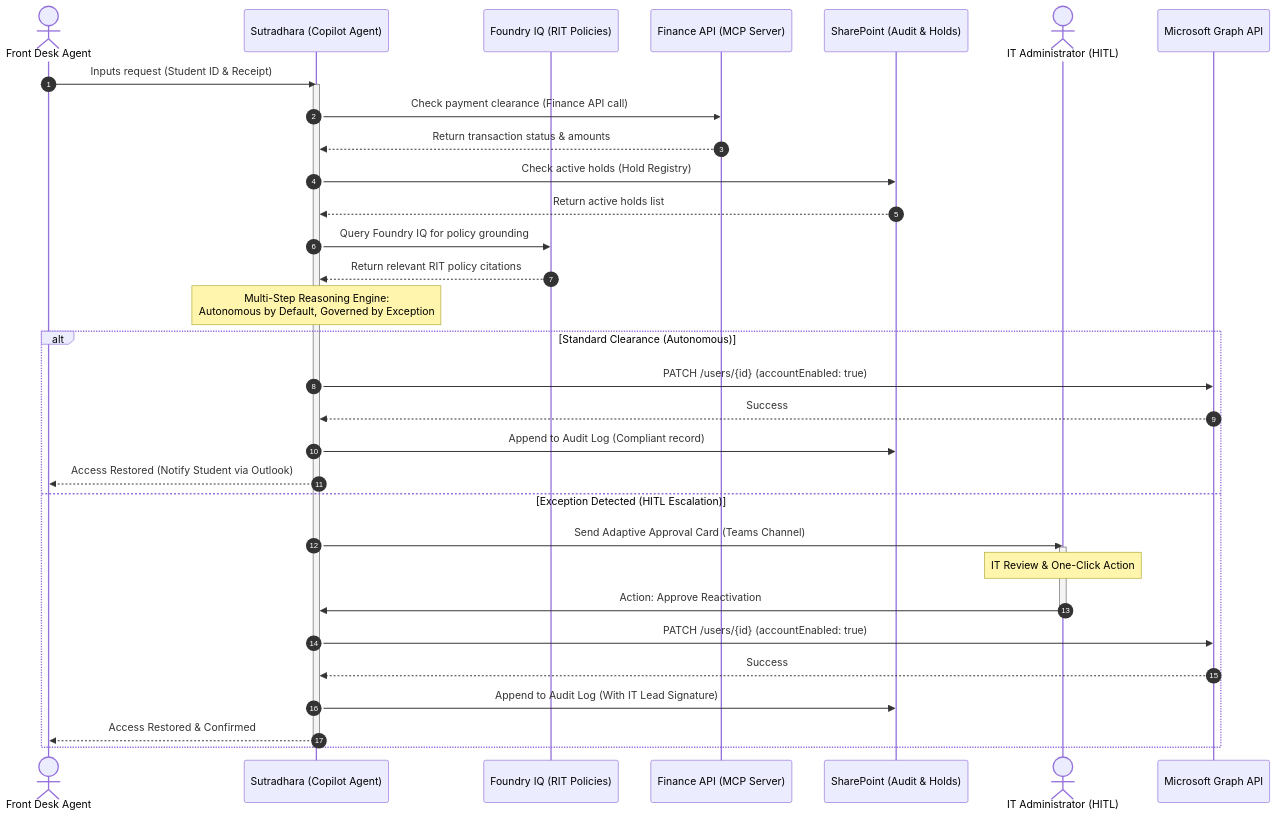
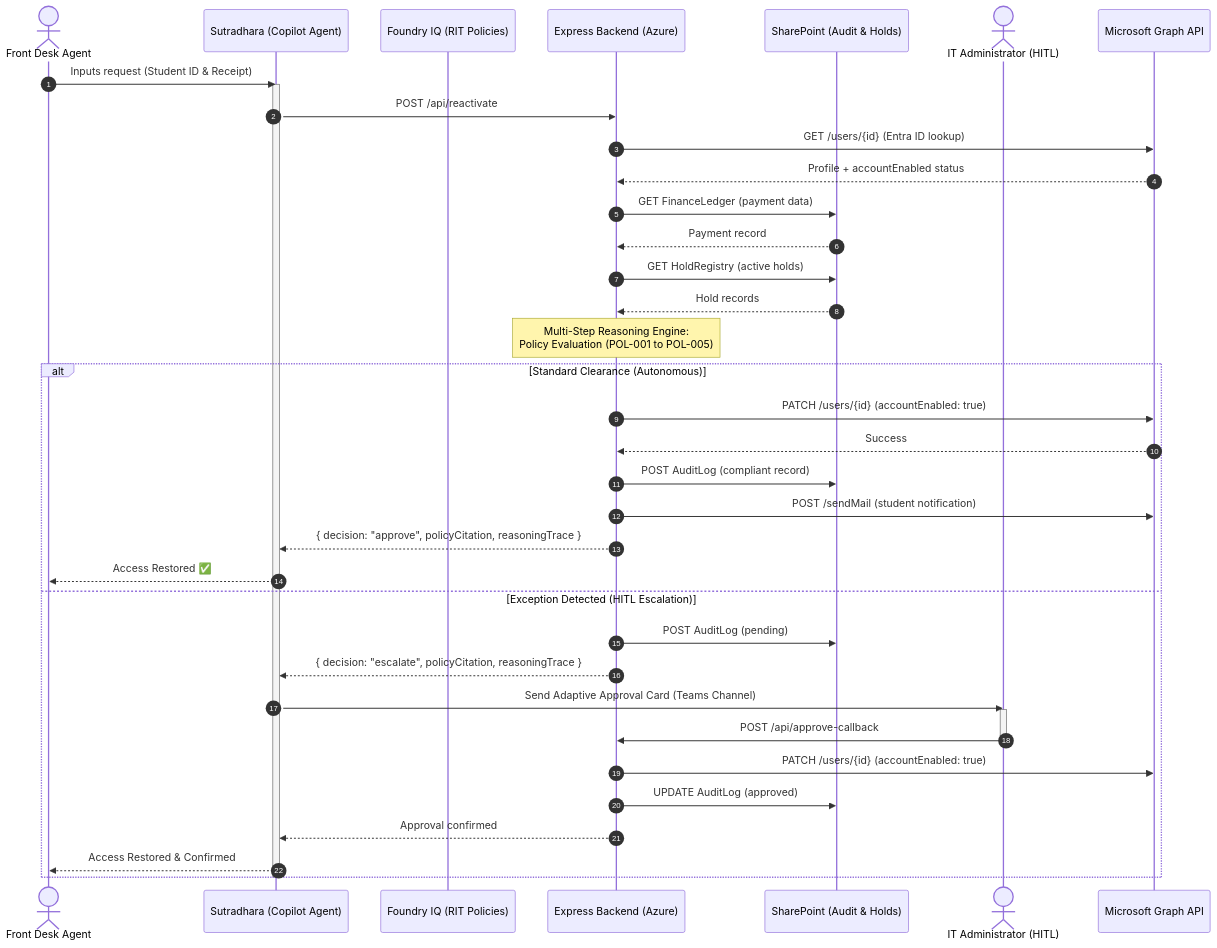
One commit to Ganesh2006646/Agent-League-Hackathon---microsoft changed the diagram in README.md. Above: the diagram before and after it, drawn with Mermaid. The commit also changed other lines of this file and 12 other files, not shown here.

First line of the commit message:
feat: add live Express backend with Graph SDK, SharePoint provisioning, and demo seeding

````diff
--- a/README.md
+++ b/README.md
@@ -12,38 +12,42 @@
 ```mermaid
 sequenceDiagram
     autonumber
     actor FD as Front Desk Agent
     participant S as Sutradhara (Copilot Agent)
     participant KB as Foundry IQ (RIT Policies)
-    participant MCP as Finance API (MCP Server)
+    participant BE as Express Backend (Azure)
     participant SP as SharePoint (Audit & Holds)
     actor IT as IT Administrator (HITL)
     participant Graph as Microsoft Graph API
 
     FD->>S: Inputs request (Student ID & Receipt)
     activate S
-    S->>MCP: Check payment clearance (Finance API call)
-    MCP-->>S: Return transaction status & amounts
-    S->>SP: Check active holds (Hold Registry)
-    SP-->>S: Return active holds list
-    S->>KB: Query Foundry IQ for policy grounding
-    KB-->>S: Return relevant RIT policy citations
-    Note over S: Multi-Step Reasoning Engine:<br/>Autonomous by Default, Governed by Exception
+    S->>BE: POST /api/reactivate
+    BE->>Graph: GET /users/{id} (Entra ID lookup)
+    Graph-->>BE: Profile + accountEnabled status
+    BE->>SP: GET FinanceLedger (payment data)
+    SP-->>BE: Payment record
+    BE->>SP: GET HoldRegistry (active holds)
+    SP-->>BE: Hold records
+    Note over BE: Multi-Step Reasoning Engine:<br/>Policy Evaluation (POL-001 to POL-005)
     alt Standard Clearance (Autonomous)
-        S->>Graph: PATCH /users/{id} (accountEnabled: true)
-        Graph-->>S: Success
-        S->>SP: Append to Audit Log (Compliant record)
-        S-->>FD: Access Restored (Notify Student via Outlook)
+        BE->>Graph: PATCH /users/{id} (accountEnabled: true)
+        Graph-->>BE: Success
+        BE->>SP: POST AuditLog (compliant record)
+        BE->>Graph: POST /sendMail (student notification)
+        BE-->>S: { decision: "approve", policyCitation, reasoningTrace }
+        S-->>FD: Access Restored ✅
     else Exception Detected (HITL Escalation)
+        BE->>SP: POST AuditLog (pending)
+        BE-->>S: { decision: "escalate", policyCitation, reasoningTrace }
         S->>IT: Send Adaptive Approval Card (Teams Channel)
         activate IT
-        Note over IT: IT Review & One-Click Action
-        IT->>S: Action: Approve Reactivation
+        IT->>BE: POST /api/approve-callback
         deactivate IT
-        S->>Graph: PATCH /users/{id} (accountEnabled: true)
-        Graph-->>S: Success
-        S->>SP: Append to Audit Log (With IT Lead Signature)
+        BE->>Graph: PATCH /users/{id} (accountEnabled: true)
+        BE->>SP: UPDATE AuditLog (approved)
+        BE-->>S: Approval confirmed
         S-->>FD: Access Restored & Confirmed
     end
     deactivate S
 ```
````
